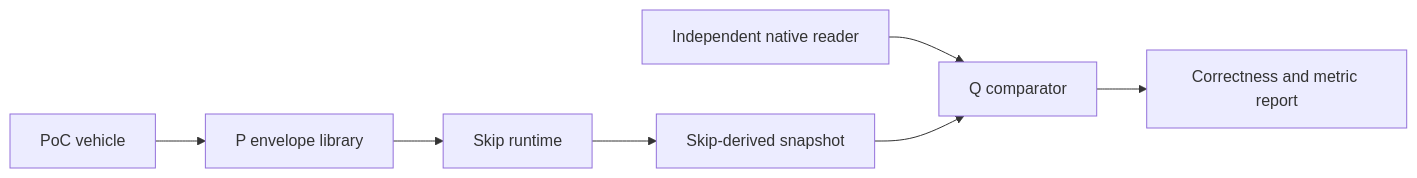
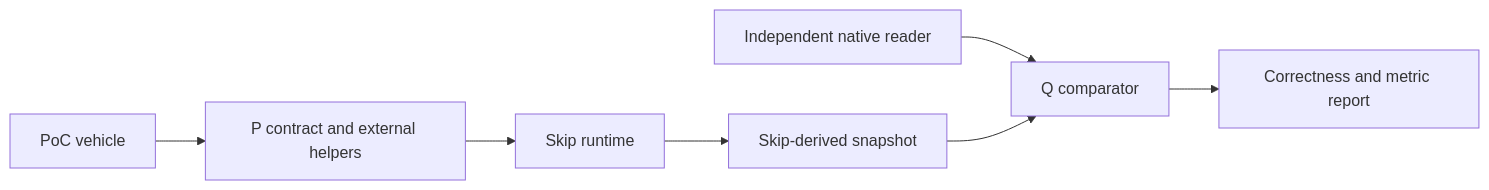
The second of 2 diagrams in docs/plans/2026-09-11-1159-feat-skip-shared-prerequisites-plan.md (billf/convex-backend), drawn with Mermaid before and after one commit. The commit also changed other lines of this file and 12 other files, not shown here.

````diff
--- a/docs/plans/2026-09-11-1159-feat-skip-shared-prerequisites-plan.md
+++ b/docs/plans/2026-09-11-1159-feat-skip-shared-prerequisites-plan.md
@@ -128,9 +130,9 @@
 ```mermaid
 flowchart LR
-  vehicle["PoC vehicle"] --> envelope["P envelope library"]
-  envelope --> skip["Skip runtime"]
+  vehicle["PoC vehicle"] --> batch["P contract and external helpers"]
+  batch --> skip["Skip runtime"]
   skip --> snapshot["Skip-derived snapshot"]
   native["Independent native reader"] --> comparator["Q comparator"]
   snapshot --> comparator
   comparator --> report["Correctness and metric report"]
 ```
````
